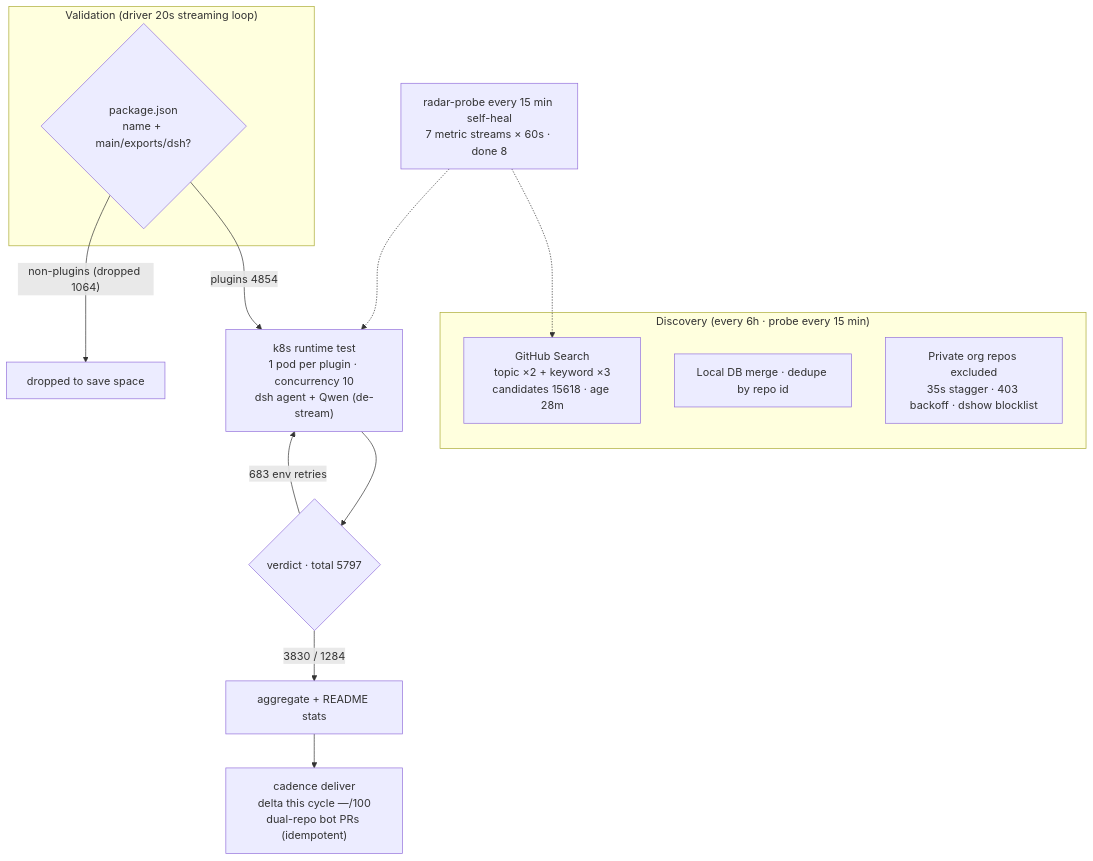
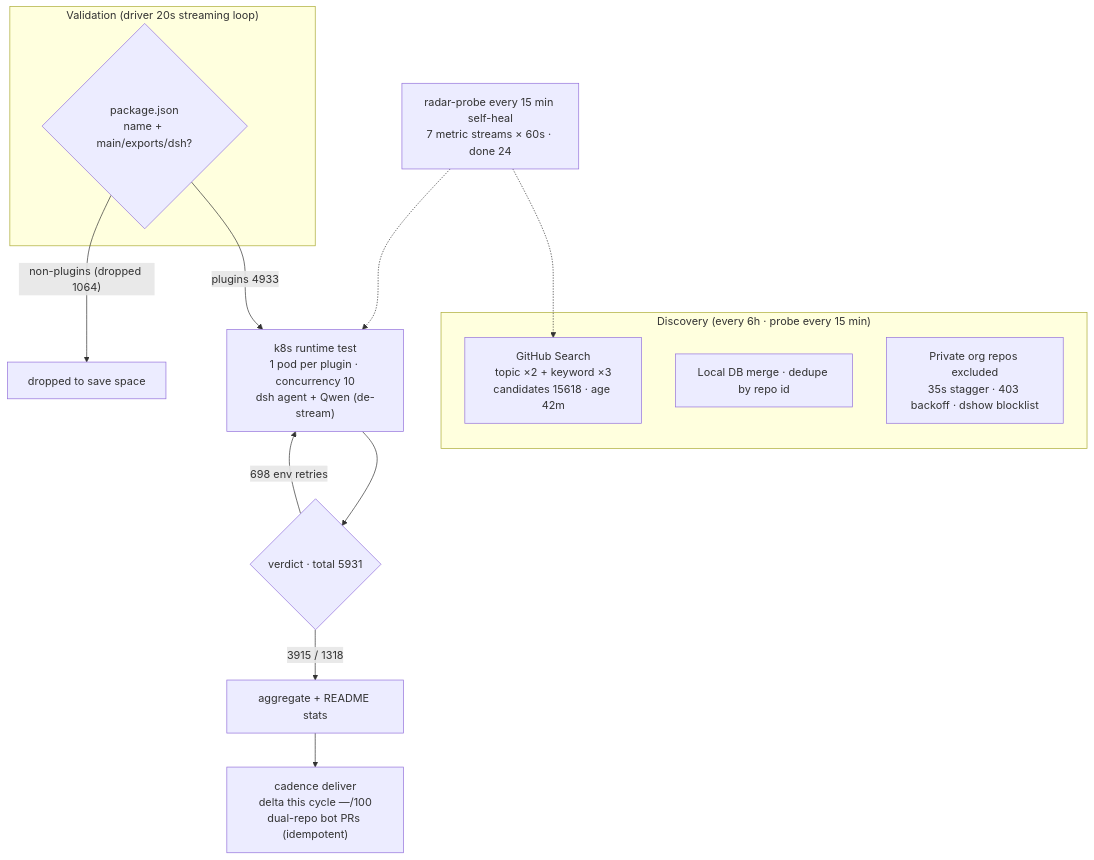
Before and after one commit to AdamPlatin123/awesome-dsh-plugins: the diagram in README.en-US.md, drawn with Mermaid. The commit also changed other lines of this file and 5 other files, not shown here.

````diff
--- a/README.en-US.md
+++ b/README.en-US.md
@@ -30,20 +30,20 @@
 ```mermaid
 flowchart TB
     subgraph Discovery["Discovery (every 6h · probe every 15 min)"]
-        A1["GitHub Search<br/>topic ×2 + keyword ×3<br/>candidates 15618 · age 28m"]
+        A1["GitHub Search<br/>topic ×2 + keyword ×3<br/>candidates 15618 · age 42m"]
         A2["Local DB merge · dedupe by repo id"]
         A3["Private org repos excluded<br/>35s stagger · 403 backoff · dshow blocklist"]
     end
     subgraph Validation["Validation (driver 20s streaming loop)"]
         B1{"package.json<br/>name + main/exports/dsh?"}
     end
-    B1 -->|"plugins 4854"| C1["k8s runtime test<br/>1 pod per plugin · concurrency 10<br/>dsh agent + Qwen (de-stream)"]
+    B1 -->|"plugins 4933"| C1["k8s runtime test<br/>1 pod per plugin · concurrency 10<br/>dsh agent + Qwen (de-stream)"]
     B1 -->|"non-plugins (dropped 1064)"| B3["dropped to save space"]
-    C1 --> D1{"verdict · total 5797"}
-    D1 -->|"3830 / 1284"| E1["aggregate + README stats"]
-    D1 -->|"683 env retries"| C1
+    C1 --> D1{"verdict · total 5931"}
+    D1 -->|"3915 / 1318"| E1["aggregate + README stats"]
+    D1 -->|"698 env retries"| C1
     E1 --> E2["cadence deliver<br/>delta this cycle —/100<br/>dual-repo bot PRs (idempotent)"]
-    M["radar-probe every 15 min self-heal<br/>7 metric streams × 60s · done 8"]
+    M["radar-probe every 15 min self-heal<br/>7 metric streams × 60s · done 24"]
     M -.-> A1
     M -.-> C1
 ```
````
